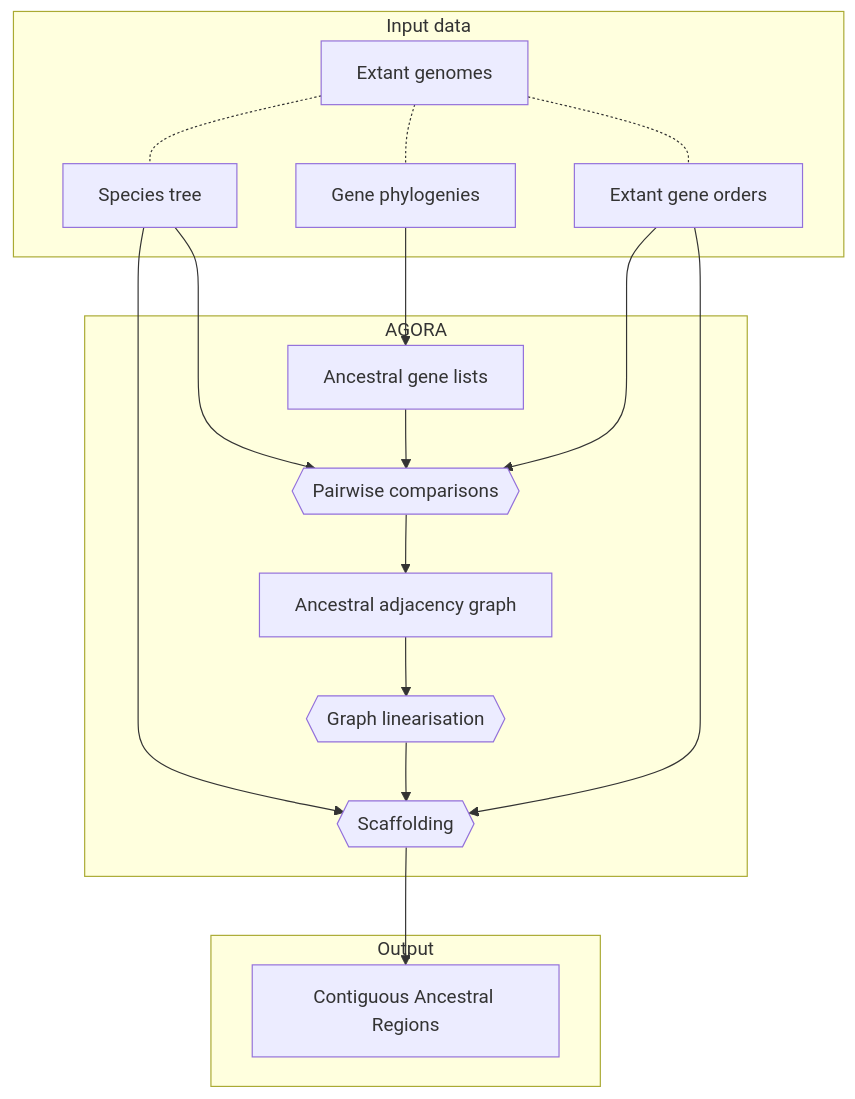
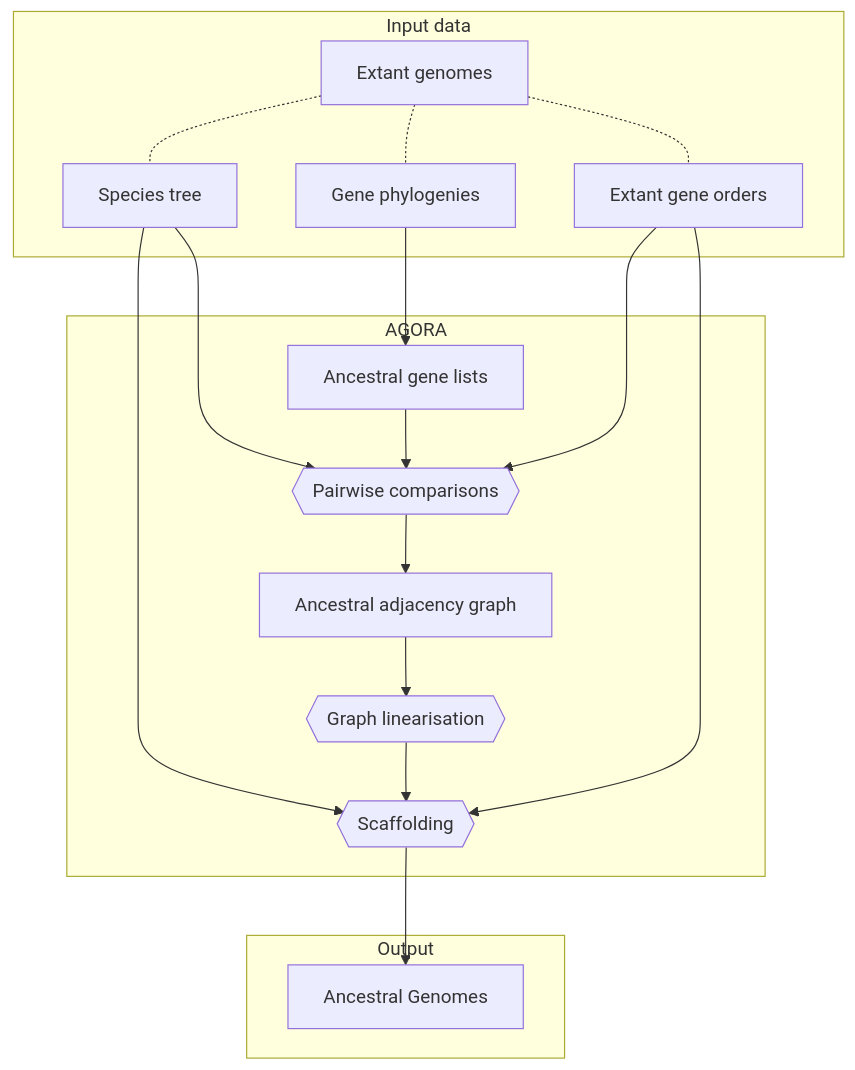
One commit to DyogenIBENS/Agora changed the diagram in doc/agora-basic.mmd. Above: the diagram before and after it, drawn with Mermaid. The commit also changed 3 other files, not shown here.

Commit message:
Contiguous Ancestral Region -> Ancestral Genome

```diff
--- a/doc/agora-basic.mmd
+++ b/doc/agora-basic.mmd
@@ -1,22 +1,22 @@
 graph TD
   subgraph Input data
     A[Extant genomes]
     B[Species tree]
     C[Gene phylogenies]
     D[Extant gene orders]
   end
   subgraph AGORA
     E[Ancestral gene lists]
     F{{Pairwise comparisons}}
     G[Ancestral adjacency graph]
     H{{Graph linearisation}}
     J{{Scaffolding}}
   end
   subgraph Output
-    K[Contiguous Ancestral Regions]
+    K[Ancestral Genomes]
   end
   A -.- B & C & D
   C --> E
   B --> J & F
   D --> F & J
   E --> F --> G --> H --> J --> K
```
